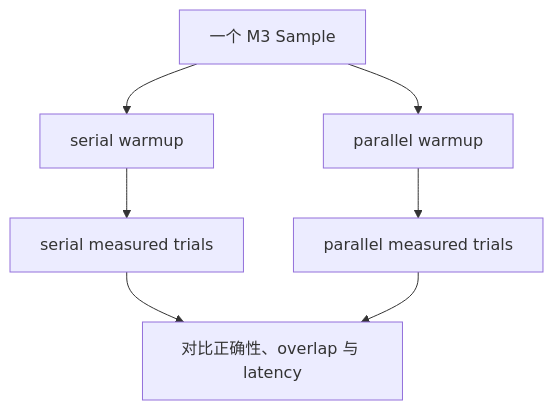
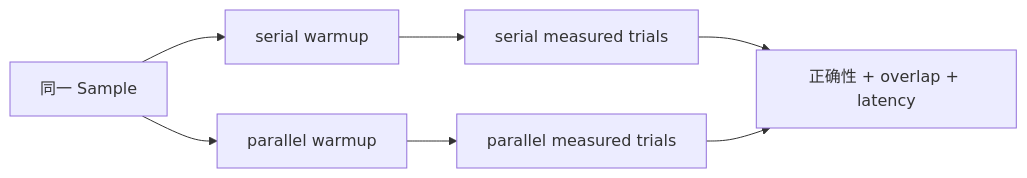
Before and after one commit to Arthur999459up/GitAgent: the third of 10 diagrams in docs/14-evaluation-design.md, drawn with Mermaid. The commit also changed other lines of this file and 15 other files, not shown here.

````diff
--- a/docs/14-evaluation-design.md
+++ b/docs/14-evaluation-design.md
@@ -191,9 +94,9 @@
 ```mermaid
-flowchart TD
-    S[一个 M3 Sample] --> SW[serial warmup]
+flowchart LR
+    S[同一 Sample] --> SW[serial warmup]
     S --> PW[parallel warmup]
     SW --> SM[serial measured trials]
     PW --> PM[parallel measured trials]
-    SM --> C[对比正确性、overlap 与 latency]
+    SM --> C[正确性 + overlap + latency]
     PM --> C
 ```
````
